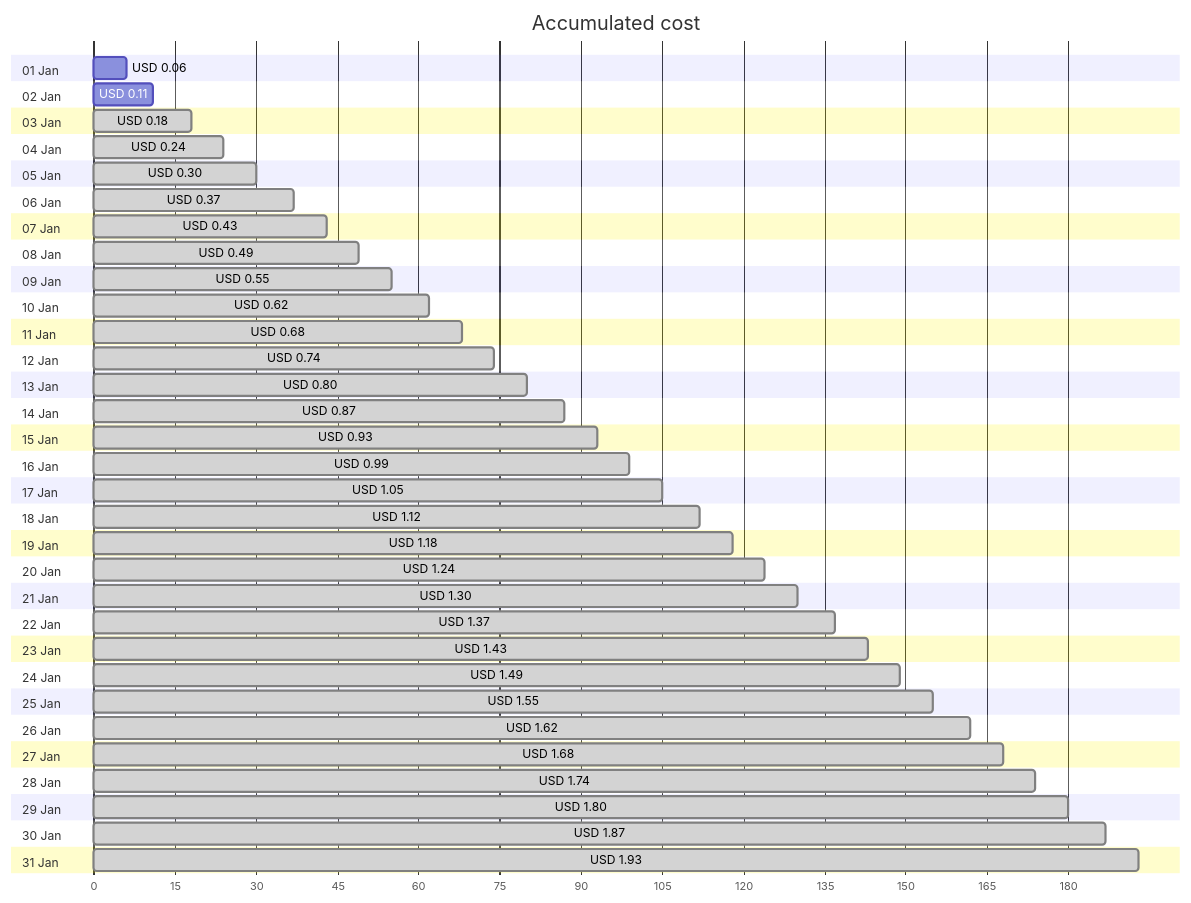
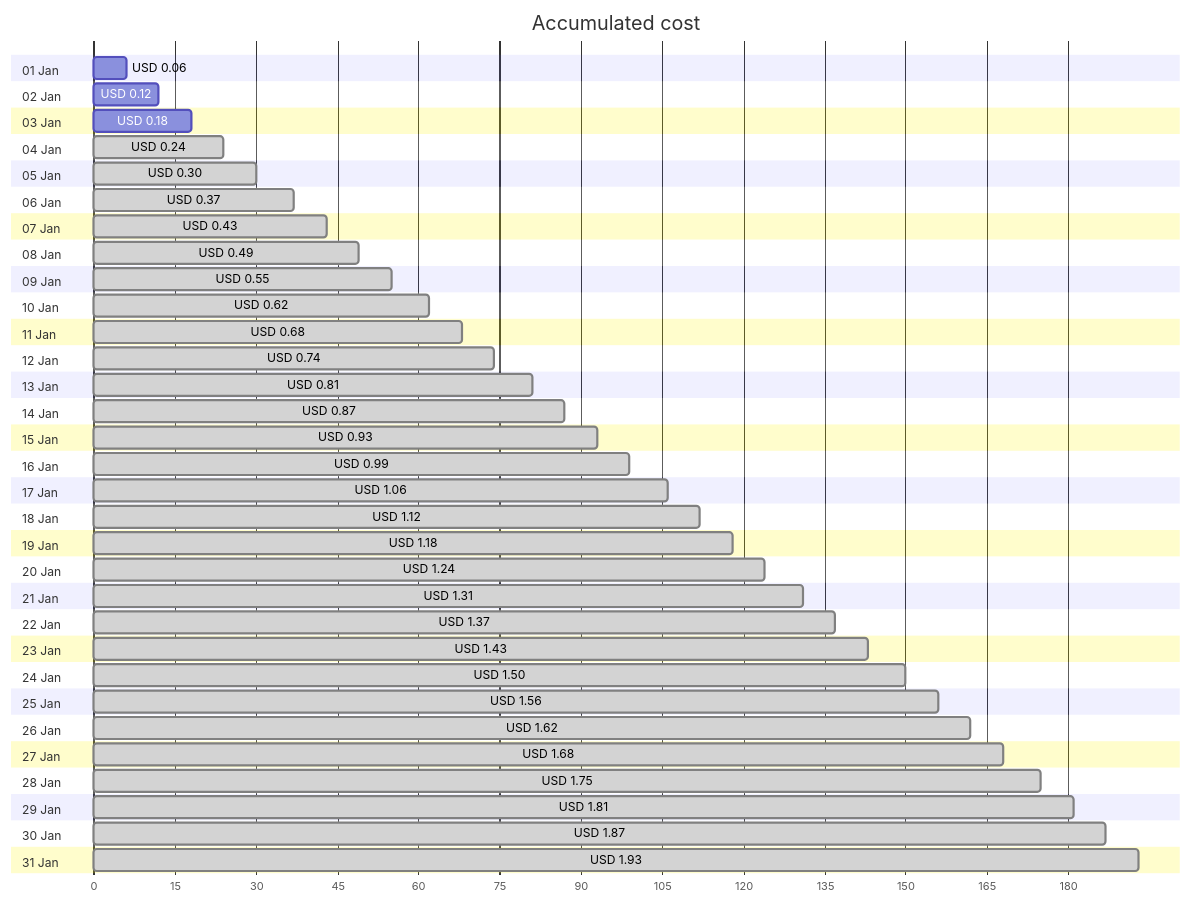
One commit to jpfulton/azure-personal-reports changed the first of 4 diagrams in cost-reports/personal-network/vpn-server_OsDisk.md. Above: the diagram before and after it, drawn with Mermaid. The commit also changed other lines of this file and 8 other files, not shown here.

````diff
--- a/cost-reports/personal-network/vpn-server_OsDisk.md
+++ b/cost-reports/personal-network/vpn-server_OsDisk.md
@@ -20,68 +20,68 @@
 ```mermaid
 gantt
    title Accumulated cost
    dateFormat  X
    axisFormat %s
    section 01 Jan
    USD 0.06 :0, 6
    section 02 Jan
-   USD 0.11 :0, 11
+   USD 0.12 :0, 12
    section 03 Jan
-   USD 0.18 : done, 0, 18
+   USD 0.18 :0, 18
    section 04 Jan
    USD 0.24 : done, 0, 24
    section 05 Jan
    USD 0.30 : done, 0, 30
    section 06 Jan
    USD 0.37 : done, 0, 37
    section 07 Jan
    USD 0.43 : done, 0, 43
    section 08 Jan
    USD 0.49 : done, 0, 49
    section 09 Jan
    USD 0.55 : done, 0, 55
    section 10 Jan
    USD 0.62 : done, 0, 62
    section 11 Jan
    USD 0.68 : done, 0, 68
    section 12 Jan
    USD 0.74 : done, 0, 74
    section 13 Jan
-   USD 0.80 : done, 0, 80
+   USD 0.81 : done, 0, 81
    section 14 Jan
    USD 0.87 : done, 0, 87
    section 15 Jan
    USD 0.93 : done, 0, 93
    section 16 Jan
    USD 0.99 : done, 0, 99
    section 17 Jan
-   USD 1.05 : done, 0, 105
+   USD 1.06 : done, 0, 106
    section 18 Jan
    USD 1.12 : done, 0, 112
    section 19 Jan
    USD 1.18 : done, 0, 118
    section 20 Jan
    USD 1.24 : done, 0, 124
    section 21 Jan
-   USD 1.30 : done, 0, 130
+   USD 1.31 : done, 0, 131
    section 22 Jan
    USD 1.37 : done, 0, 137
    section 23 Jan
    USD 1.43 : done, 0, 143
    section 24 Jan
-   USD 1.49 : done, 0, 149
+   USD 1.50 : done, 0, 150
    section 25 Jan
-   USD 1.55 : done, 0, 155
+   USD 1.56 : done, 0, 156
    section 26 Jan
    USD 1.62 : done, 0, 162
    section 27 Jan
    USD 1.68 : done, 0, 168
    section 28 Jan
-   USD 1.74 : done, 0, 174
+   USD 1.75 : done, 0, 175
    section 29 Jan
-   USD 1.80 : done, 0, 180
+   USD 1.81 : done, 0, 181
    section 30 Jan
    USD 1.87 : done, 0, 187
    section 31 Jan
    USD 1.93 : done, 0, 193
 ```
````
